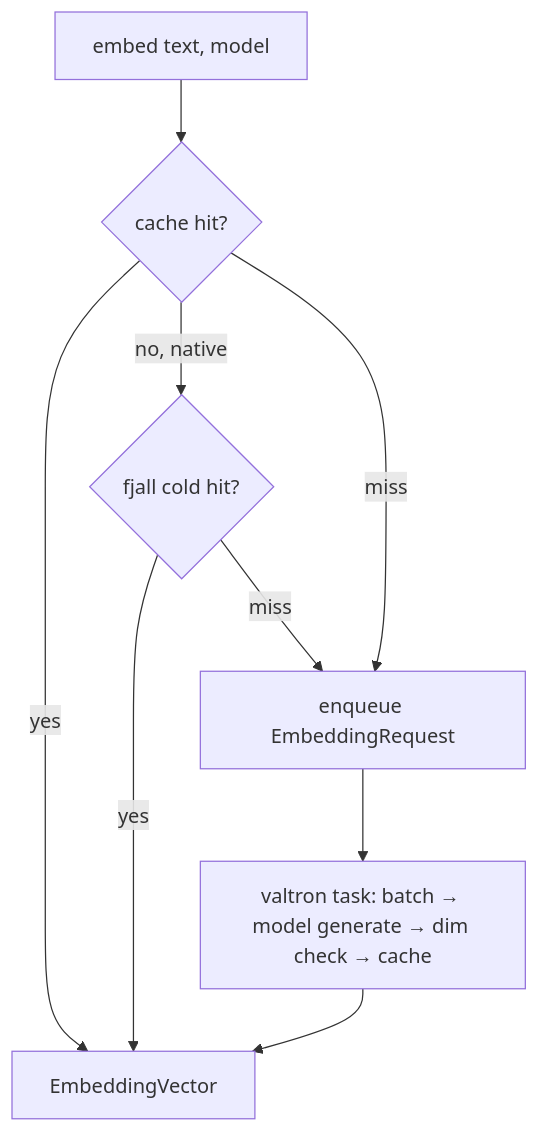
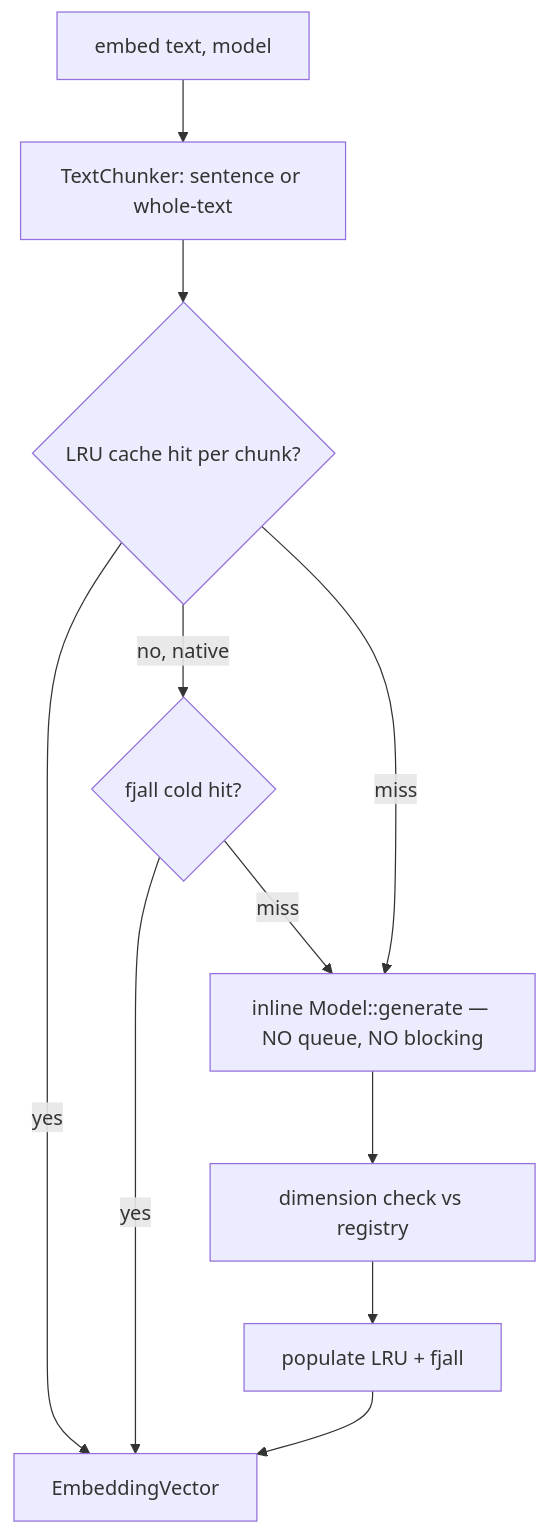
Before and after one commit to ewe-studios/ewe_platform: the diagram in specifications/36-agentic-api/features/31-embedding-provider/feature.md, drawn with Mermaid. The commit also changed other lines of this file and 1 other file, not shown here.

````diff
--- a/specifications/36-agentic-api/features/31-embedding-provider/feature.md
+++ b/specifications/36-agentic-api/features/31-embedding-provider/feature.md
@@ -101,11 +160,13 @@
 ```mermaid
 graph TD
-    C[embed text, model] --> H{cache hit?}
+    C[embed text, model] --> CH[TextChunker: sentence or whole-text]
+    CH --> H{LRU cache hit per chunk?}
     H -->|yes| R[EmbeddingVector]
     H -->|no, native| FJ{fjall cold hit?}
     FJ -->|yes| R
-    H -->|miss| Q[enqueue EmbeddingRequest]
-    FJ -->|miss| Q
-    Q --> T[valtron task: batch → model generate → dim check → cache]
-    T --> R
+    H -->|miss| GEN[inline Model::generate — NO queue, NO blocking]
+    FJ -->|miss| GEN
+    GEN --> DIM[dimension check vs registry]
+    DIM --> CACHE[populate LRU + fjall]
+    CACHE --> R
 ```
````
